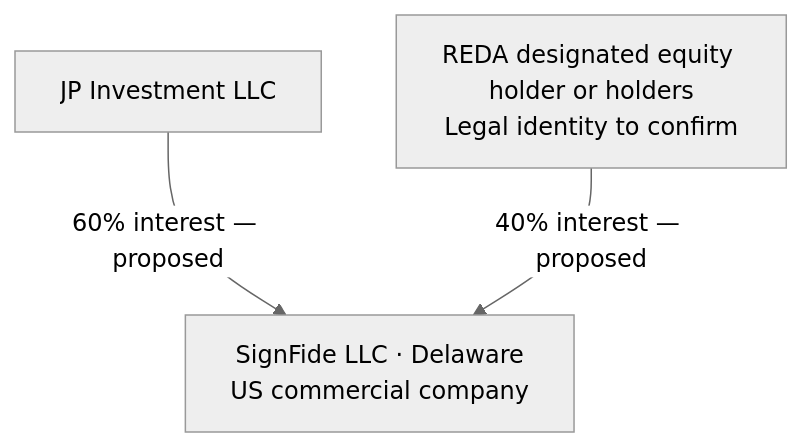
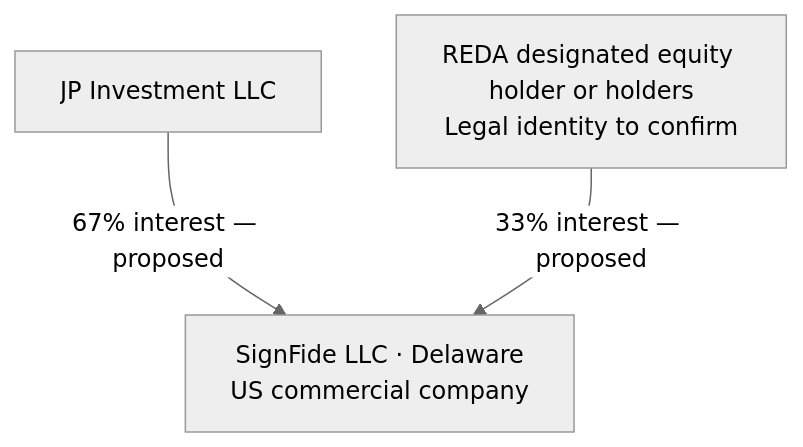
One commit to josefpalaxo/sales-system changed the first of 3 diagrams in work/signfide/company/corporate-structure-and-commercial-model.md. Above: the diagram before and after it, drawn with Mermaid (neutral theme). The commit also changed other lines of this file and 4 other files, not shown here.

Commit message:
Update SignFide ownership proposal to 67/33

````diff
--- a/work/signfide/company/corporate-structure-and-commercial-model.md
+++ b/work/signfide/company/corporate-structure-and-commercial-model.md
@@ -18,5 +18,5 @@
 ```mermaid
 flowchart TB
-    JP["JP Investment LLC"] -->|"60% interest — proposed"| SF["SignFide LLC · Delaware\nUS commercial company"]
-    RH["REDA designated equity holder or holders\nLegal identity to confirm"] -->|"40% interest — proposed"| SF
+    JP["JP Investment LLC"] -->|"67% interest — proposed"| SF["SignFide LLC · Delaware\nUS commercial company"]
+    RH["REDA designated equity holder or holders\nLegal identity to confirm"] -->|"33% interest — proposed"| SF
 ```
````
